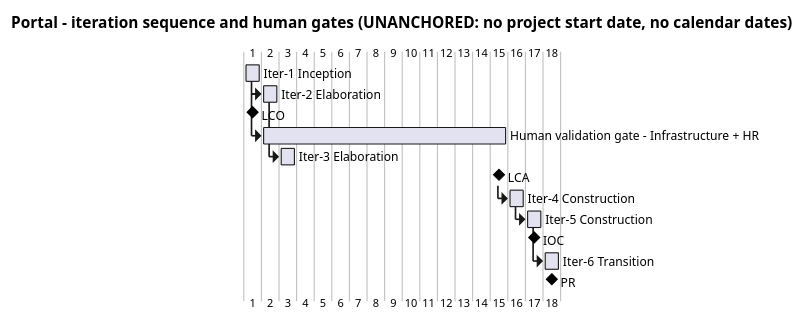
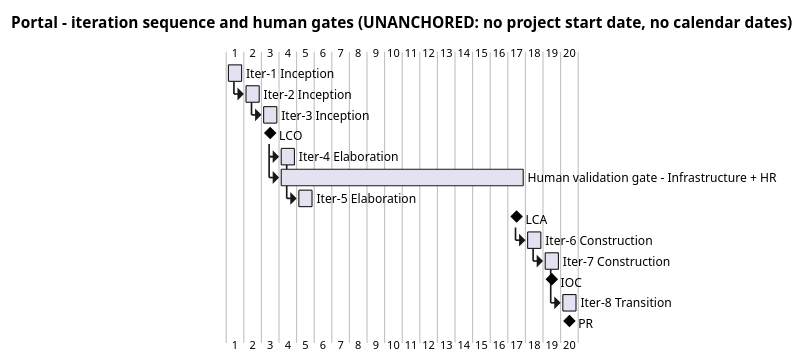
Before and after one commit to banense-test/portal: the first of 2 diagrams in docs/artifacts/project-management/iteration-plan.md, drawn with PlantUML. The commit also changed other lines of this file, not shown here.

````diff
--- a/docs/artifacts/project-management/iteration-plan.md
+++ b/docs/artifacts/project-management/iteration-plan.md
@@ -30,32 +32,36 @@
 ```plantuml
 @startgantt
 title Portal - iteration sequence and human gates (UNANCHORED: no project start date, no calendar dates)
 [Iter-1 Inception] lasts 1 day
-[Iter-2 Elaboration] lasts 1 day
-[Iter-2 Elaboration] starts at [Iter-1 Inception]'s end
-[LCO] happens at [Iter-1 Inception]'s end
+[Iter-2 Inception] lasts 1 day
+[Iter-2 Inception] starts at [Iter-1 Inception]'s end
+[Iter-3 Inception] lasts 1 day
+[Iter-3 Inception] starts at [Iter-2 Inception]'s end
+[LCO] happens at [Iter-3 Inception]'s end
+[Iter-4 Elaboration] lasts 1 day
+[Iter-4 Elaboration] starts at [LCO]'s end
 [Human validation gate - Infrastructure + HR] lasts 14 days
-[Human validation gate - Infrastructure + HR] starts at [Iter-2 Elaboration]'s start
-[Iter-3 Elaboration] lasts 1 day
-[Iter-3 Elaboration] starts at [Iter-2 Elaboration]'s end
+[Human validation gate - Infrastructure + HR] starts at [Iter-4 Elaboration]'s start
+[Iter-5 Elaboration] lasts 1 day
+[Iter-5 Elaboration] starts at [Iter-4 Elaboration]'s end
 [LCA] happens at [Human validation gate - Infrastructure + HR]'s end
-[Iter-4 Construction] lasts 1 day
-[Iter-4 Construction] starts at [LCA]'s end
-[Iter-5 Construction] lasts 1 day
-[Iter-5 Construction] starts at [Iter-4 Construction]'s end
-[IOC] happens at [Iter-5 Construction]'s end
-[Iter-6 Transition] lasts 1 day
-[Iter-6 Transition] starts at [Iter-5 Construction]'s end
-[PR] happens at [Iter-6 Transition]'s end
+[Iter-6 Construction] lasts 1 day
+[Iter-6 Construction] starts at [LCA]'s end
+[Iter-7 Construction] lasts 1 day
+[Iter-7 Construction] starts at [Iter-6 Construction]'s end
+[IOC] happens at [Iter-7 Construction]'s end
+[Iter-8 Transition] lasts 1 day
+[Iter-8 Transition] starts at [Iter-7 Construction]'s end
+[PR] happens at [Iter-8 Transition]'s end
 note bottom
   Iteration bars carry a 1-day placeholder for ORDERING ONLY:
   no iteration duration has been measured, so none is stated.
-  The human gate runs IN PARALLEL with Iter-2 and Iter-3 - the
+  The human gate runs IN PARALLEL with Iter-4 and Iter-5 - the
   team's work does not wait on it, every use case is built and
   tested against the stand-ins (CON-028). LCA closes when both
   the architecture baseline is stable and the validation feedback
   has arrived. The gate's 14 days are days of QUEUE TIME, reported
   apart from agent time and never added to it.
 end note
 @endgantt
 ```
````
